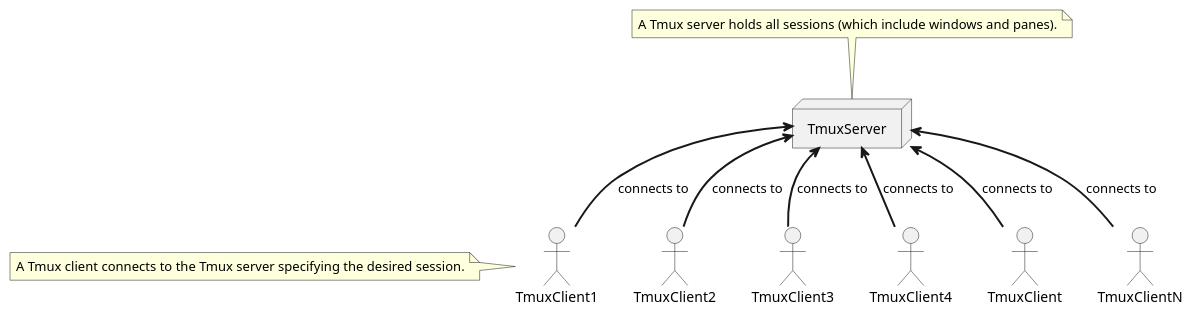
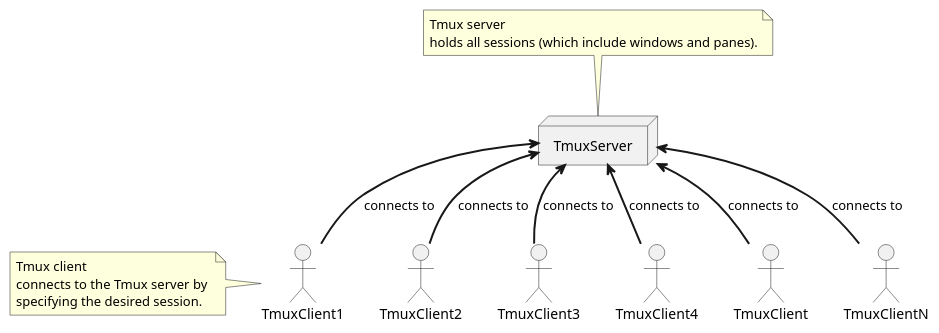
One commit to midnightrun/notebooks changed the diagram in client_server_architecture.plantuml. Above: the diagram before and after it, drawn with PlantUML. The commit also changed 2 other files, not shown here.

```diff
--- a/client_server_architecture.plantuml
+++ b/client_server_architecture.plantuml
@@ -1,13 +1,21 @@
 @startuml
 actor TmuxClient1
 node TmuxServer
 TmuxServer <-[bold]- TmuxClient1   : connects to
 TmuxServer <-[bold]- TmuxClient2   : connects to
 TmuxServer <-[bold]- TmuxClient3   : connects to
 TmuxServer <-[bold]- TmuxClient4   : connects to
 TmuxServer <-[bold]- TmuxClient    : connects to
 TmuxServer <-[bold]- TmuxClientN   : connects to
 
-note top of TmuxServer: A Tmux server holds all sessions (which include windows and panes).
-note left of TmuxClient1: A Tmux client connects to the Tmux server specifying the desired session.
+note top of TmuxServer
+Tmux server 
+holds all sessions (which include windows and panes).
+end note
+
+note left of TmuxClient1
+Tmux client
+connects to the Tmux server by 
+specifying the desired session.
+end note
 @enduml
```
